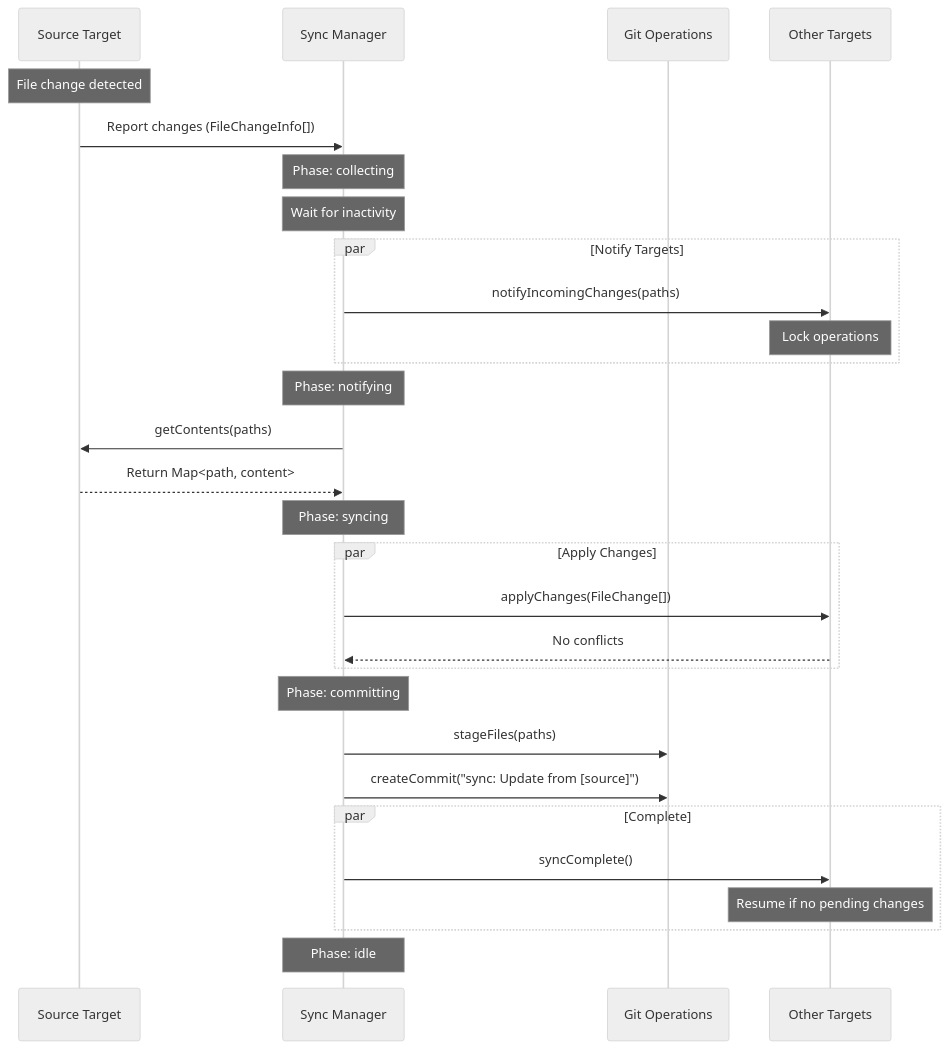
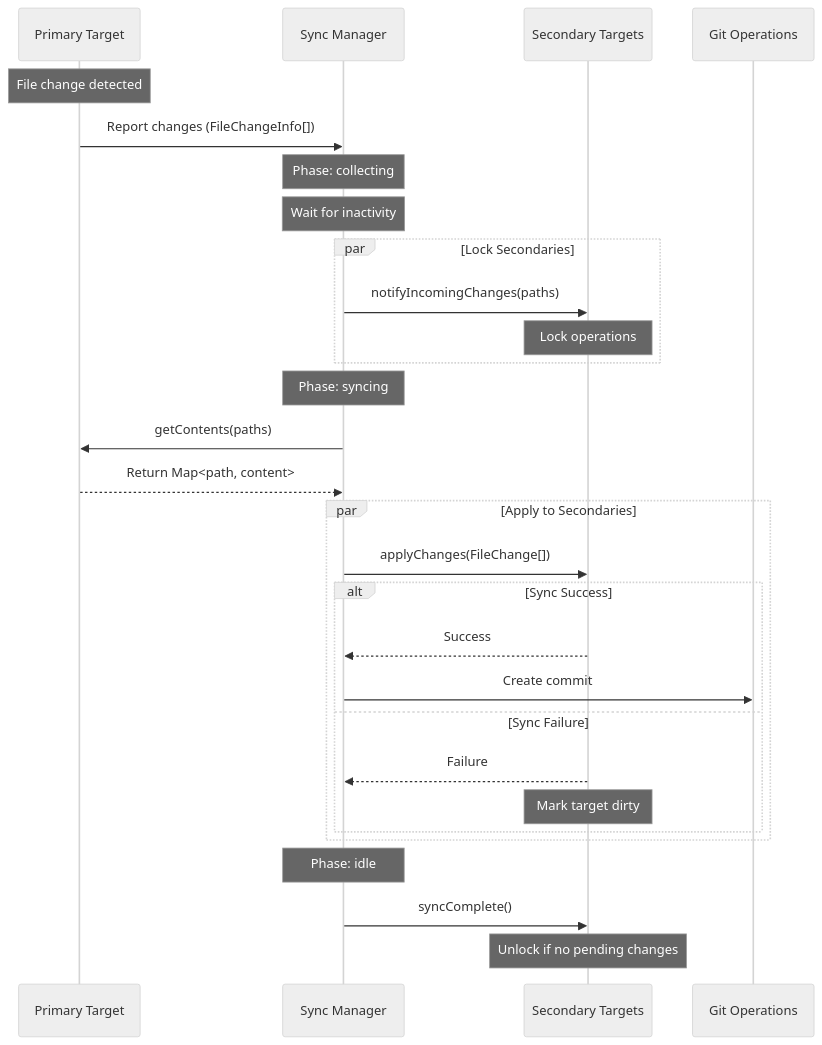
The fourth of 8 diagrams in packages/files-management/README.md (mrsimpson/piddie), drawn with Mermaid (neutral theme) before and after one commit. The commit also changed other lines of this file and 1 other file, not shown here.

Commit message:
Design: Files Sync Manager

````diff
--- a/packages/files-management/README.md
+++ b/packages/files-management/README.md
@@ -53,40 +80,38 @@
 ```mermaid
 sequenceDiagram
-    participant Source as Source Target
-    participant Manager as Sync Manager
+    participant P as Primary Target
+    participant SM as Sync Manager
+    participant S as Secondary Targets
     participant Git as Git Operations
-    participant Other as Other Targets
 
-    Note over Source: File change detected
-    Source->>Manager: Report changes (FileChangeInfo[])
+    Note over P: File change detected
+    P->>SM: Report changes (FileChangeInfo[])
 
-    Note over Manager: Phase: collecting
-    Note over Manager: Wait for inactivity
+    Note over SM: Phase: collecting
+    Note over SM: Wait for inactivity
 
-    par Notify Targets
-        Manager->>Other: notifyIncomingChanges(paths)
-        Note over Other: Lock operations
+    par Lock Secondaries
+        SM->>S: notifyIncomingChanges(paths)
+        Note over S: Lock operations
     end
 
-    Note over Manager: Phase: notifying
+    Note over SM: Phase: syncing
+    SM->>P: getContents(paths)
+    P-->>SM: Return Map<path, content>
 
-    Manager->>Source: getContents(paths)
-    Source-->>Manager: Return Map<path, content>
-
-    Note over Manager: Phase: syncing
-    par Apply Changes
-        Manager->>Other: applyChanges(FileChange[])
-        Other-->>Manager: No conflicts
+    par Apply to Secondaries
+        SM->>S: applyChanges(FileChange[])
+        
+        alt Sync Success
+            S-->>SM: Success
+            SM->>Git: Create commit
+        else Sync Failure
+            S-->>SM: Failure
+            Note over S: Mark target dirty
+        end
     end
 
-    Note over Manager: Phase: committing
-    Manager->>Git: stageFiles(paths)
-    Manager->>Git: createCommit("sync: Update from [source]")
-
-    par Complete
-        Manager->>Other: syncComplete()
-        Note over Other: Resume if no pending changes
-    end
-
-    Note over Manager: Phase: idle
+    Note over SM: Phase: idle
+    SM->>S: syncComplete()
+    Note over S: Unlock if no pending changes
 ```
````
